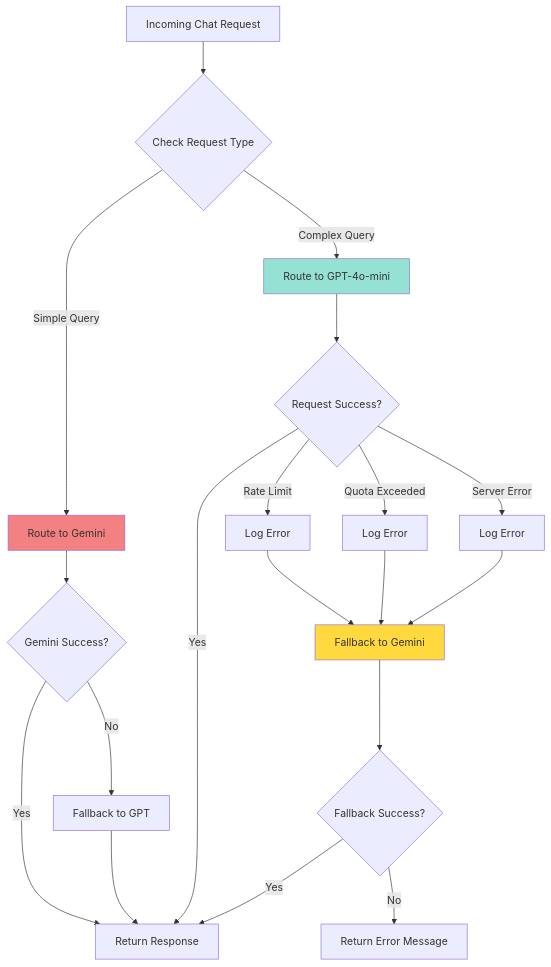
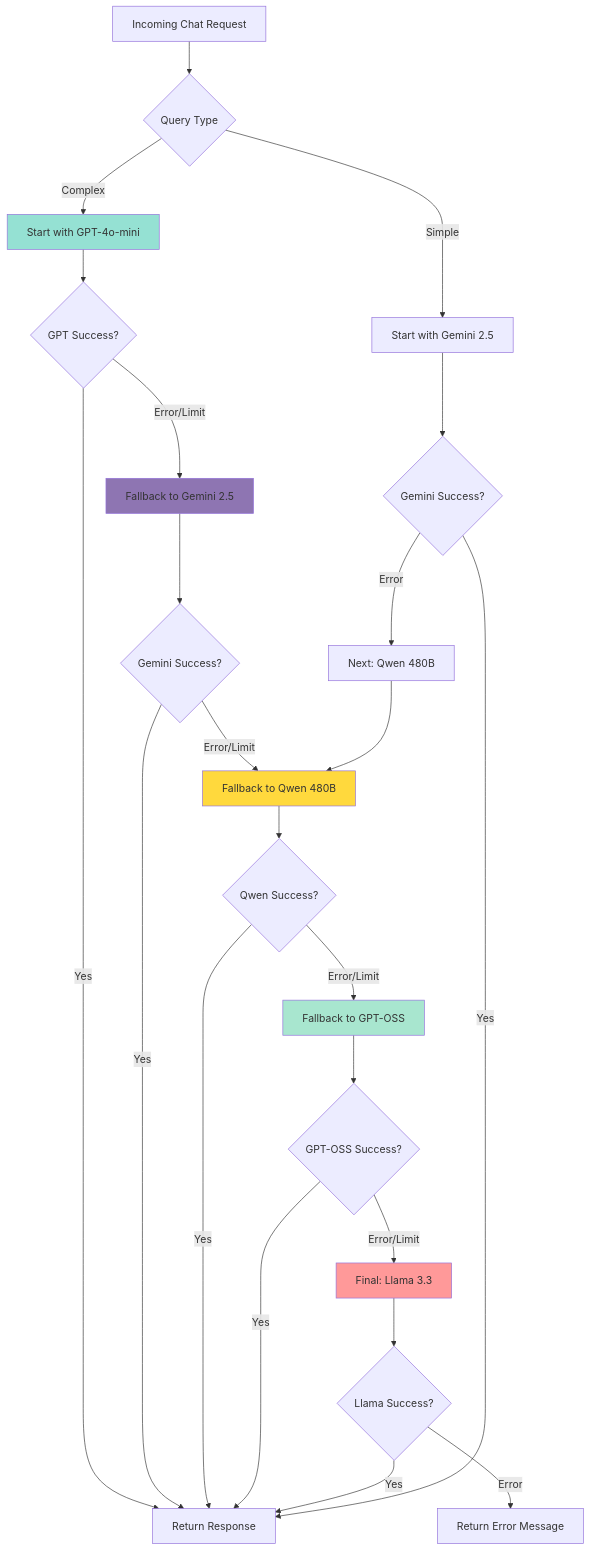
Before and after one commit to Takawell/Aichixia: the second of 2 diagrams in README.md, drawn with Mermaid. The commit also changed other lines of this file, not shown here.

````diff
--- a/README.md
+++ b/README.md
@@ -185,29 +200,37 @@
 ```mermaid
 flowchart TD
-    A[Incoming Chat Request] --> B{Check Request Type}
-    B -->|Simple Query| C[Route to Gemini]
-    B -->|Complex Query| D[Route to GPT-4o-mini]
+    A[Incoming Chat Request] --> B{Query Type}
+    B -->|Simple| C[Start with Gemini 2.5]
+    B -->|Complex| D[Start with GPT-4o-mini]
     
-    D --> E{Request Success?}
+    D --> E{GPT Success?}
     E -->|Yes| F[Return Response]
-    E -->|Rate Limit| G[Log Error]
-    E -->|Quota Exceeded| H[Log Error]
-    E -->|Server Error| I[Log Error]
+    E -->|Error/Limit| G[Fallback to Gemini 2.5]
     
-    G --> J[Fallback to Gemini]
-    H --> J
-    I --> J
+    G --> H{Gemini Success?}
+    H -->|Yes| F
+    H -->|Error/Limit| I[Fallback to Qwen 480B]
     
-    J --> K{Fallback Success?}
-    K -->|Yes| F
-    K -->|No| L[Return Error Message]
+    I --> J{Qwen Success?}
+    J -->|Yes| F
+    J -->|Error/Limit| K[Fallback to GPT-OSS]
     
-    C --> M{Gemini Success?}
-    M -->|Yes| F
-    M -->|No| N[Fallback to GPT]
-    N --> F
+    K --> L{GPT-OSS Success?}
+    L -->|Yes| F
+    L -->|Error/Limit| M[Final: Llama 3.3]
+    
+    M --> N{Llama Success?}
+    N -->|Yes| F
+    N -->|Error| O[Return Error Message]
+    
+    C --> P{Gemini Success?}
+    P -->|Yes| F
+    P -->|Error| Q[Next: Qwen 480B]
+    Q --> I
     
     style D fill:#95e1d3
-    style C fill:#f38181
-    style J fill:#ffd93d
+    style G fill:#8E75B2
+    style I fill:#ffd93d
+    style K fill:#a8e6cf
+    style M fill:#ff9999
 ```
````
